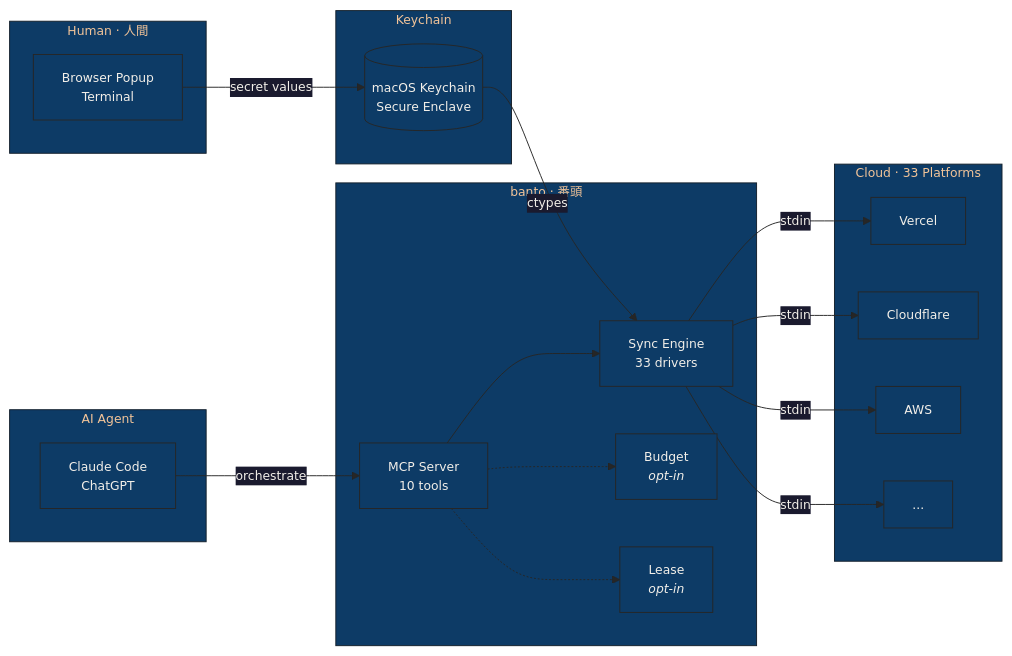
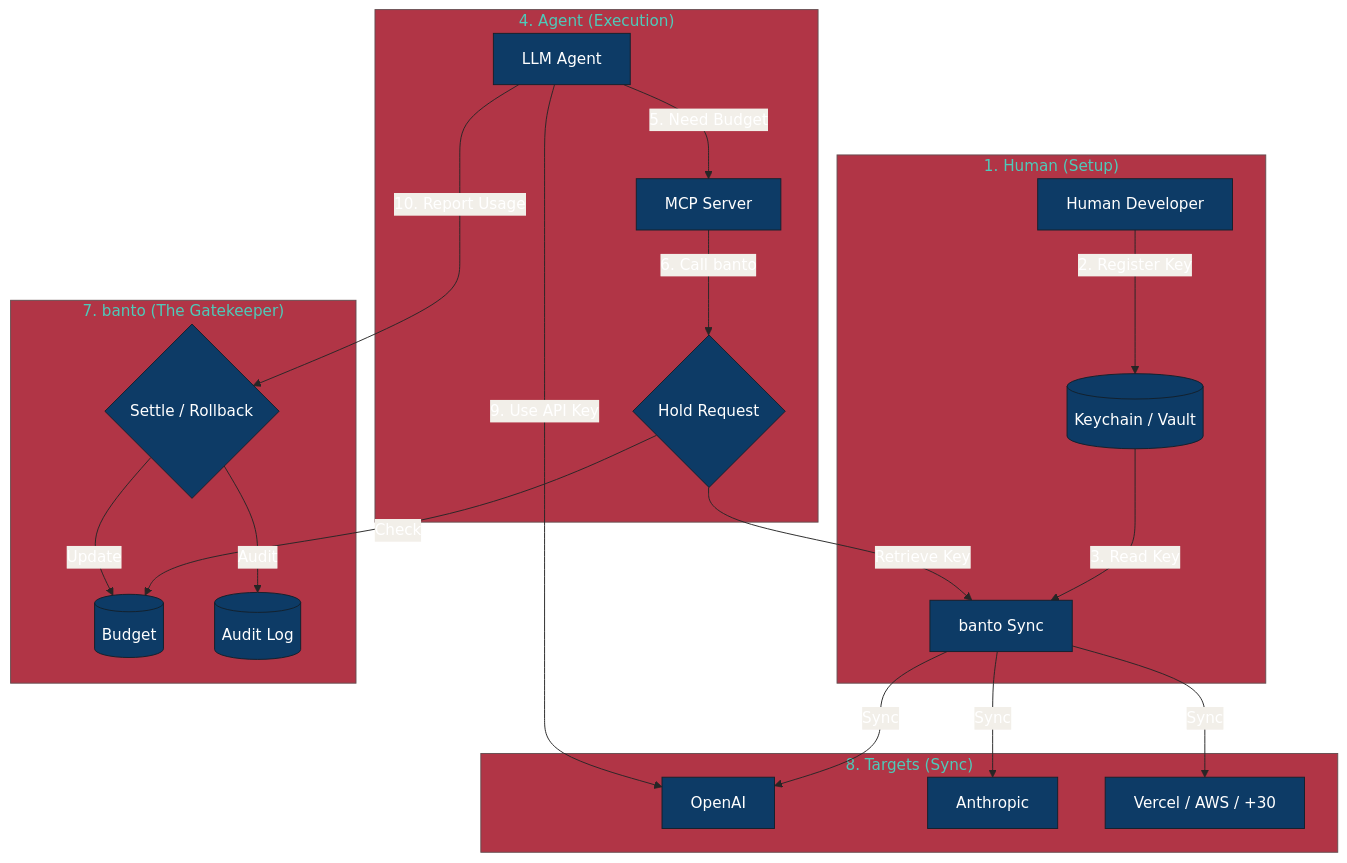
The diagram in README.md (allnew-llc/banto), drawn with Mermaid before and after one commit. The commit also changed other lines of this file and 2 other files, not shown here.

Commit message:
design: replace header with wa-modern logo + refined Mermaid diagram
New logo (docs/assets/logo.png): storehouse + abacus + 帳簿 motif
in 藍 (#0D3B66) on 練色 (#F2EFE9) — "banto - AI Budget Guard"

Mermaid diagram rewritten with numbered flow:
  1. Human → 2. Register Key → 3. Keychain → banto Sync
  4. Agent → 5. MCP → 6. Hold → 7. Budget Check
  8. Sync to Targets → 9. Use Key → 10. Settle

Both EN + JA updated. Badges already unified (flat-square, 墨/藍).

````diff
--- a/README.md
+++ b/README.md
@@ -31,41 +29,31 @@
 ```mermaid
-%%{init: {'theme': 'base', 'themeVariables': {'primaryColor': '#0D3B66', 'primaryTextColor': '#F2EFE9', 'primaryBorderColor': '#262626', 'lineColor': '#262626', 'secondaryColor': '#1a1a2e', 'tertiaryColor': '#0D3B66', 'fontSize': '13px', 'fontFamily': 'system-ui, sans-serif'}}}%%
-
-graph LR
-    subgraph Human ["Human · 人間"]
-        H["Browser Popup<br/>Terminal"]
+%%{init: {'theme': 'base', 'themeVariables': { 'primaryColor': '#0D3B66', 'primaryTextColor': '#fff', 'lineColor': '#262626', 'edgeLabelBackground':'#F2EFE9', 'secondaryColor': '#F2EFE9', 'tertiaryColor': '#B13546'}}}%%
+graph TD
+    subgraph Users ["1. Human (Setup)"]
+        H[Human Developer] -->|2. Register Key| KC[(Keychain / Vault)]
+        KC -->|3. Read Key| C[banto Sync]
     end
 
-    subgraph Agent ["AI Agent"]
-        A["Claude Code<br/>ChatGPT"]
+    subgraph Agents ["4. Agent (Execution)"]
+        A[LLM Agent] -->|5. Need Budget| MCP[MCP Server]
+        MCP -->|6. Call banto| B
     end
 
-    subgraph Banto ["banto · 番頭"]
-        MCP["MCP Server<br/>10 tools"]
-        SYNC["Sync Engine<br/>33 drivers"]
-        BUDGET["Budget<br/><i>opt-in</i>"]
-        LEASE["Lease<br/><i>opt-in</i>"]
+    subgraph Banto_Guard ["7. banto (The Gatekeeper)"]
+        B{Hold Request}
+        B -->|Check| V[(Budget)]
+        B -->|Retrieve Key| C
+        D{Settle / Rollback}
+        D -->|Update| V
+        D -->|Audit| L[(Audit Log)]
     end
 
-    subgraph Storage ["Keychain"]
-        KC[("macOS Keychain<br/>Secure Enclave")]
+    subgraph Targets ["8. Targets (Sync)"]
+        C -->|Sync| T1[OpenAI]
+        C -->|Sync| T2[Anthropic]
+        C -->|Sync| T3[Vercel / AWS / +30]
     end
 
-    subgraph Targets ["Cloud · 33 Platforms"]
-        V["Vercel"]
-        CF["Cloudflare"]
-        AWS["AWS"]
-        MORE["..."]
-    end
-
-    H -- "secret values" --> KC
-    A -- "orchestrate" --> MCP
-    MCP --> SYNC
-    MCP -.-> BUDGET
-    MCP -.-> LEASE
-    KC -- "ctypes" --> SYNC
-    SYNC -- "stdin" --> V
-    SYNC -- "stdin" --> CF
-    SYNC -- "stdin" --> AWS
-    SYNC -- "stdin" --> MORE
+    A -->|9. Use API Key| T1
+    A -->|10. Report Usage| D
 ```
````
